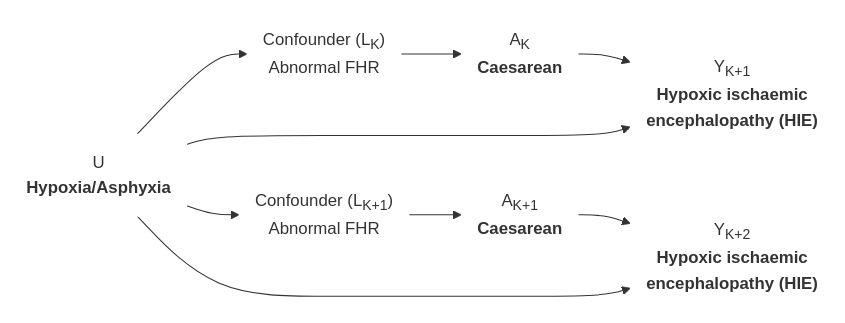
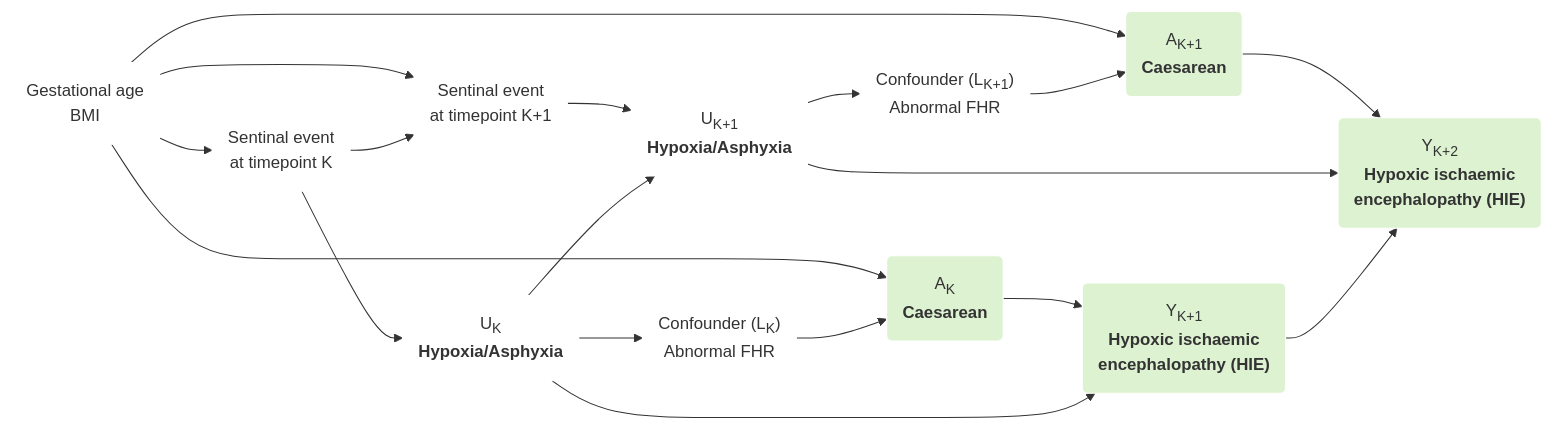
One commit to birth-outcomes/birth_outcomes_summary changed the fourth of 21 diagrams in book_birth_outcomes_summary/_build/html/_sources/design_dag_hie.md. Above: the diagram before and after it, drawn with Mermaid. The commit also changed other lines of this file and 20 other files, not shown here.

`````diff
--- a/book_birth_outcomes_summary/_build/html/_sources/design_dag_hie.md
+++ b/book_birth_outcomes_summary/_build/html/_sources/design_dag_hie.md
@@ -139,26 +97,35 @@
 ````{mermaid}
   flowchart LR;
 
-    AK("A<sub>K</sub><br><b>Caesarean</b>"):::white;
-    AK1("A<sub>K+1</sub><br><b>Caesarean</b>"):::white;
-
-    YK1("Y<sub>K+1</sub><br><b>Hypoxic ischaemic<br>encephalopathy (HIE)</b>"):::white;
-    YK2("Y<sub>K+2</sub><br><b>Hypoxic ischaemic<br>encephalopathy (HIE)</b>"):::white;
-    U("U<br><b>Hypoxia/Asphyxia</b>"):::white;
+    age("Gestational age<br>BMI"):::white;
+    AK("A<sub>K</sub><br><b>Caesarean</b>"):::green;
+    AK1("A<sub>K+1</sub><br><b>Caesarean</b>"):::green;
+    YK1("Y<sub>K+1</sub><br><b>Hypoxic ischaemic<br>encephalopathy (HIE)</b>"):::green;
+    YK2("Y<sub>K+2</sub><br><b>Hypoxic ischaemic<br>encephalopathy (HIE)</b>"):::green;
     LK("Confounder (L<sub>K</sub>)<br>Abnormal FHR"):::white;
     LK1("Confounder (L<sub>K+1</sub>)<br>Abnormal FHR"):::white;
+    sen_K("Sentinal event<br>at timepoint K"):::white;
+    sen_K1("Sentinal event<br>at timepoint K+1"):::white;
+    UK("U<sub>K</sub><br><b>Hypoxia/Asphyxia</b>"):::white;
+    UK1("U<sub>K+1</sub><br><b>Hypoxia/Asphyxia</b>"):::white;
 
+    age --> sen_K; age --> sen_K1; age --> AK; age --> AK1;
     AK --> YK1;
     LK --> AK;
-    U --> LK;
-    U --> YK1;
-    U --> LK1;
+    sen_K --> UK;
+    UK --> LK;
+    UK --> YK1;
+    sen_K1 --> UK1;
+    UK1 --> LK1;
     LK1 --> AK1;
     AK1 --> YK2;
-    U --> YK2;
+    UK1 --> YK2;
+    sen_K --> sen_K1;
+    UK --> UK1;
+    YK1 --> YK2;
 
 
     classDef white fill:#FFFFFF, stroke:#FFFFFF;
     classDef black fill:#FFFFFF, stroke:#000000;
-    classDef empty width:0px,height:0px;
+    classDef green fill:#DDF2D1, stroke: #FFFFFF;
 ````
`````
